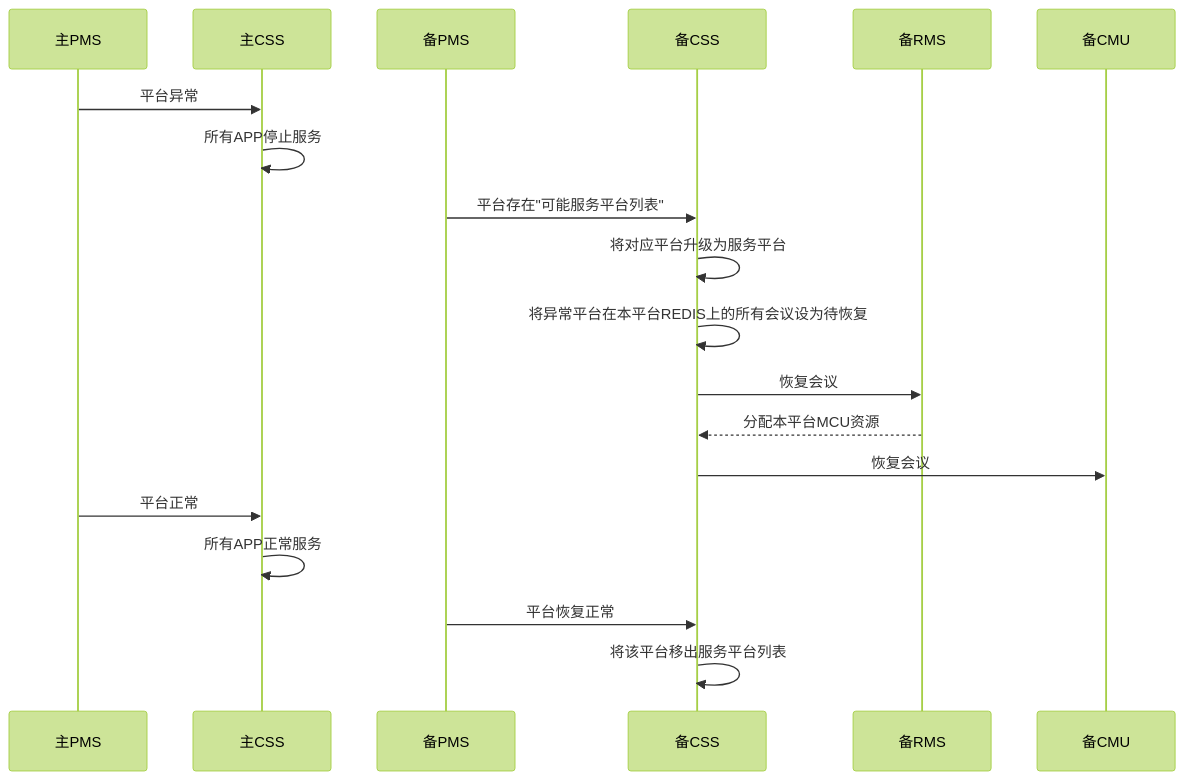
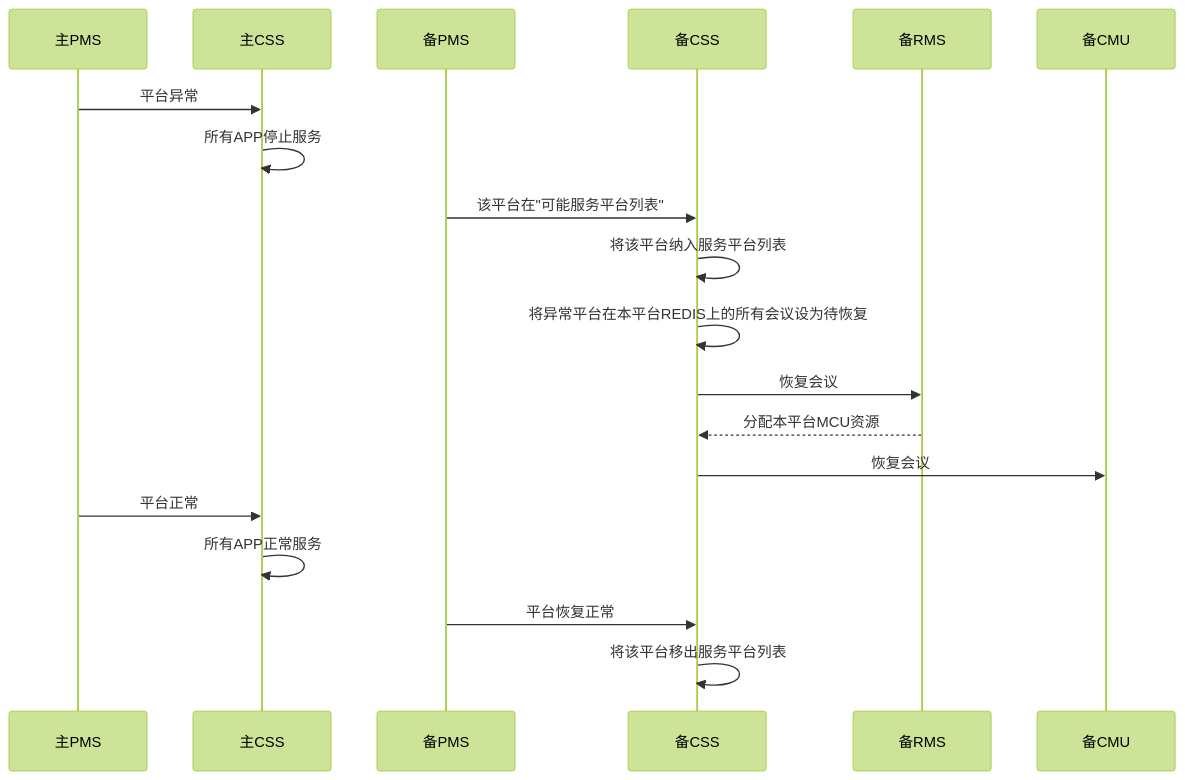
One commit to github188/w_doc changed the fifth of 6 diagrams in x需求_/5.1sp4css/5.1sp4css概要设计.md. Above: the diagram before and after it, drawn with Mermaid (forest theme). The commit also changed other lines of this file and 2 other files, not shown here.

````diff
--- a/x需求_/5.1sp4css/5.1sp4css概要设计.md
+++ b/x需求_/5.1sp4css/5.1sp4css概要设计.md
@@ -196,15 +184,15 @@
 ```mermaid
 sequenceDiagram
 主PMS->>主CSS: 平台异常
 主CSS->>主CSS: 所有APP停止服务
-备PMS->>备CSS: 平台存在"可能服务平台列表"
-备CSS->>备CSS: 将对应平台升级为服务平台
+备PMS->>备CSS: 该平台在"可能服务平台列表"
+备CSS->>备CSS: 将该平台纳入服务平台列表
 备CSS->>备CSS: 将异常平台在本平台REDIS上的所有会议设为待恢复
 备CSS->>备RMS: 恢复会议
 备RMS-->>备CSS: 分配本平台MCU资源
 备CSS->>备CMU: 恢复会议
 主PMS->>主CSS: 平台正常
 主CSS->>主CSS: 所有APP正常服务
 备PMS->>备CSS: 平台恢复正常
 备CSS->>备CSS: 将该平台移出服务平台列表
 ```
````
